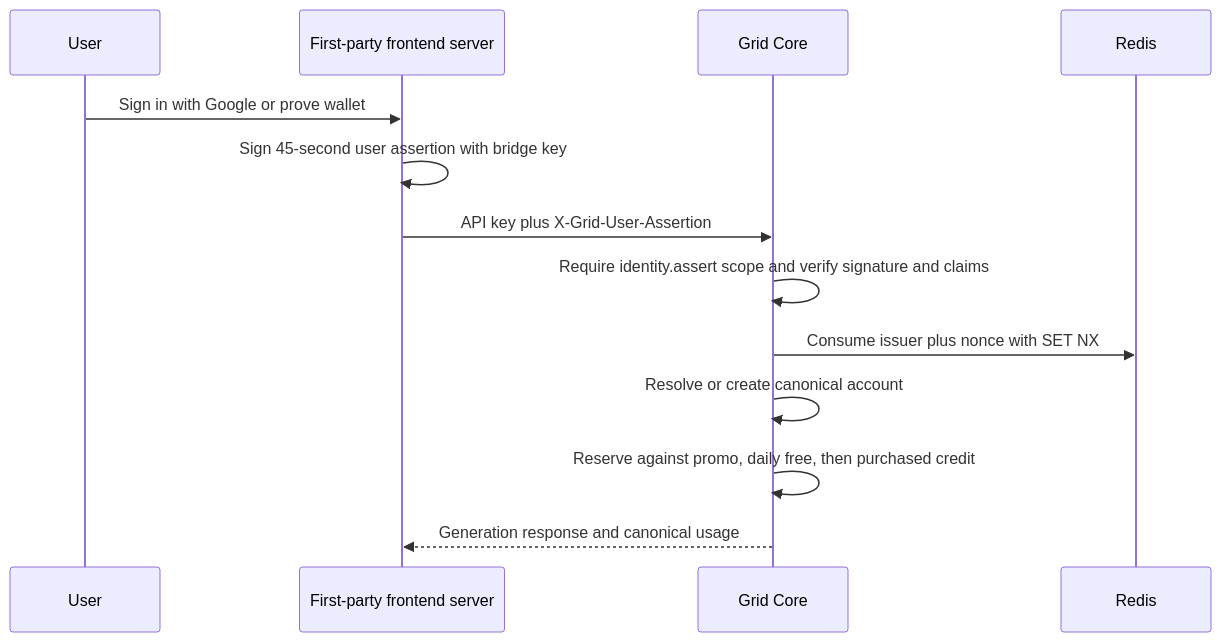
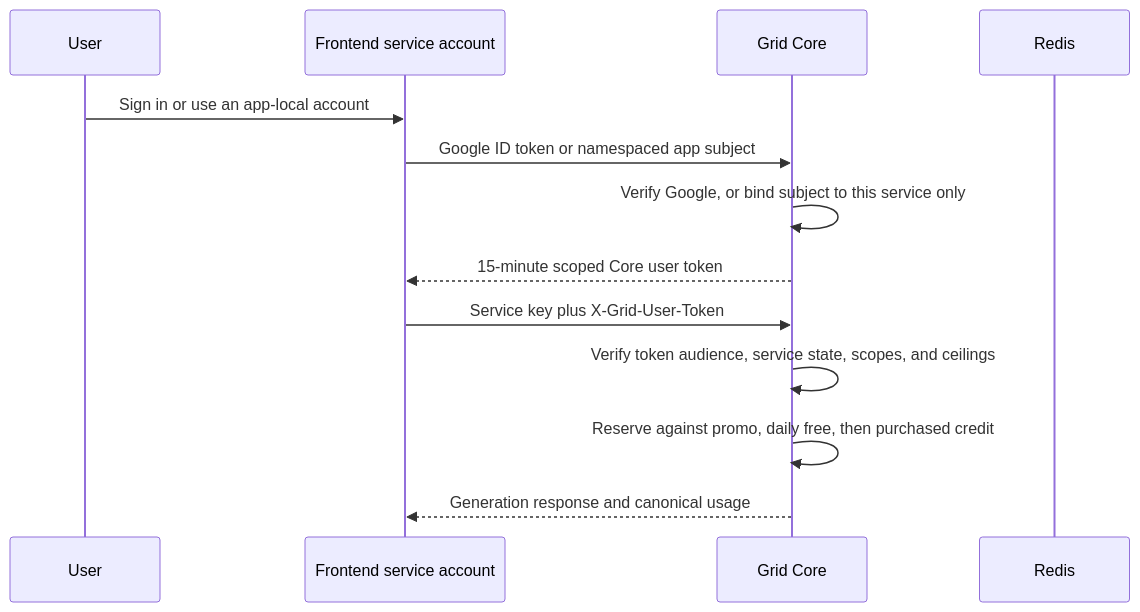
One commit to AIPowerGrid/grid-core changed the diagram in docs/architecture/UNIVERSAL_ACCOUNTS.md. Above: the diagram before and after it, drawn with Mermaid. The commit also changed other lines of this file and 36 other files, not shown here.

````diff
--- a/docs/architecture/UNIVERSAL_ACCOUNTS.md
+++ b/docs/architecture/UNIVERSAL_ACCOUNTS.md
@@ -30,15 +30,15 @@
 ```mermaid
 sequenceDiagram
     participant U as User
-    participant F as First-party frontend server
+    participant F as Frontend service account
     participant C as Grid Core
     participant R as Redis
-    U->>F: Sign in with Google or prove wallet
-    F->>F: Sign 45-second user assertion with bridge key
-    F->>C: API key plus X-Grid-User-Assertion
-    C->>C: Require identity.assert scope and verify signature and claims
-    C->>R: Consume issuer plus nonce with SET NX
-    C->>C: Resolve or create canonical account
+    U->>F: Sign in or use an app-local account
+    F->>C: Google ID token or namespaced app subject
+    C->>C: Verify Google, or bind subject to this service only
+    C-->>F: 15-minute scoped Core user token
+    F->>C: Service key plus X-Grid-User-Token
+    C->>C: Verify token audience, service state, scopes, and ceilings
     C->>C: Reserve against promo, daily free, then purchased credit
     C-->>F: Generation response and canonical usage
 ```
````
